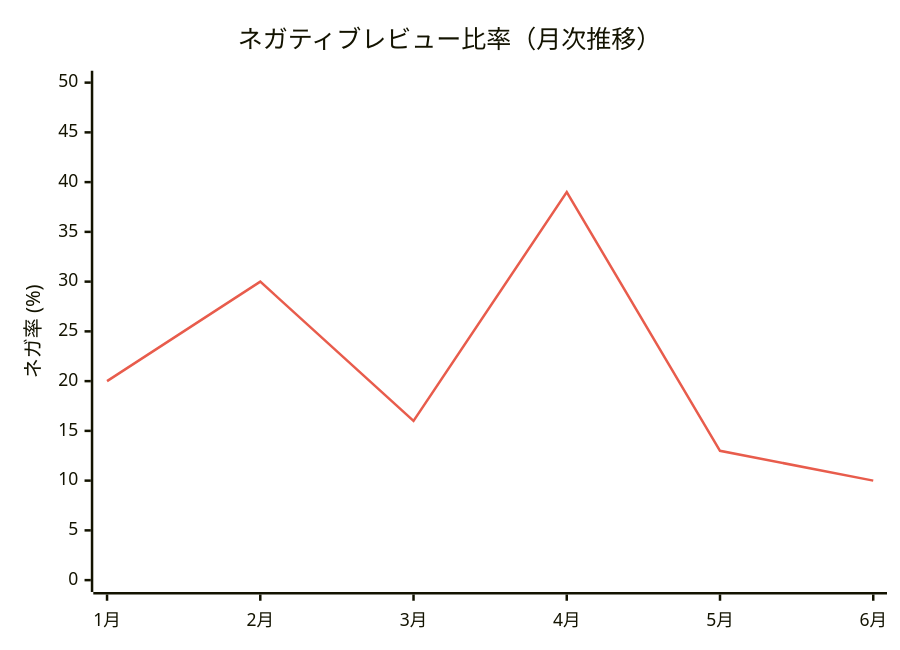
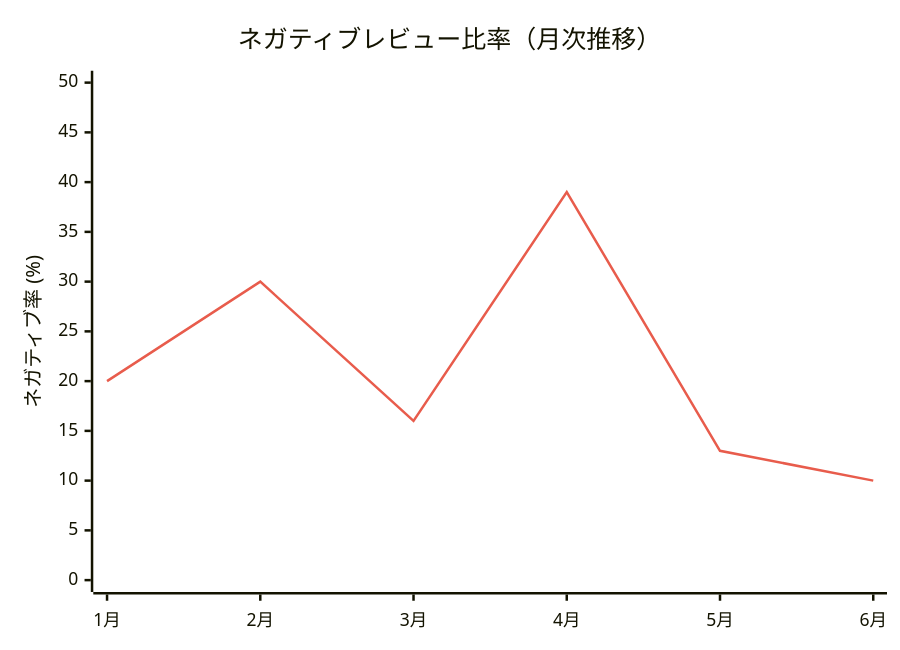
The fourth of 5 diagrams in bigquery-ai-generate/bigquery-ai-generate.md (1210yuichi0/slides), drawn with Mermaid before and after one commit. The commit also changed other lines of this file and 1 other file, not shown here.

First line of the commit message:
fix: resolve Mermaid text clipping in PDF output

```diff
--- a/bigquery-ai-generate/bigquery-ai-generate.md
+++ b/bigquery-ai-generate/bigquery-ai-generate.md
@@ -124,8 +152,8 @@
-<div class="mermaid">
+<pre class="mermaid">
 %%{init: {'themeVariables': {'xyChart': {'plotColorPalette': '#E85C4C'}}}}%%
 xychart-beta
     title "ネガティブレビュー比率（月次推移）"
     x-axis ["1月", "2月", "3月", "4月", "5月", "6月"]
-    y-axis "ネガ率 (%)" 0 --> 50
+    y-axis "ネガティブ率 (%)" 0 --> 50
     line [20, 30, 16, 39, 13, 10]
-</div>
+</pre>
```
